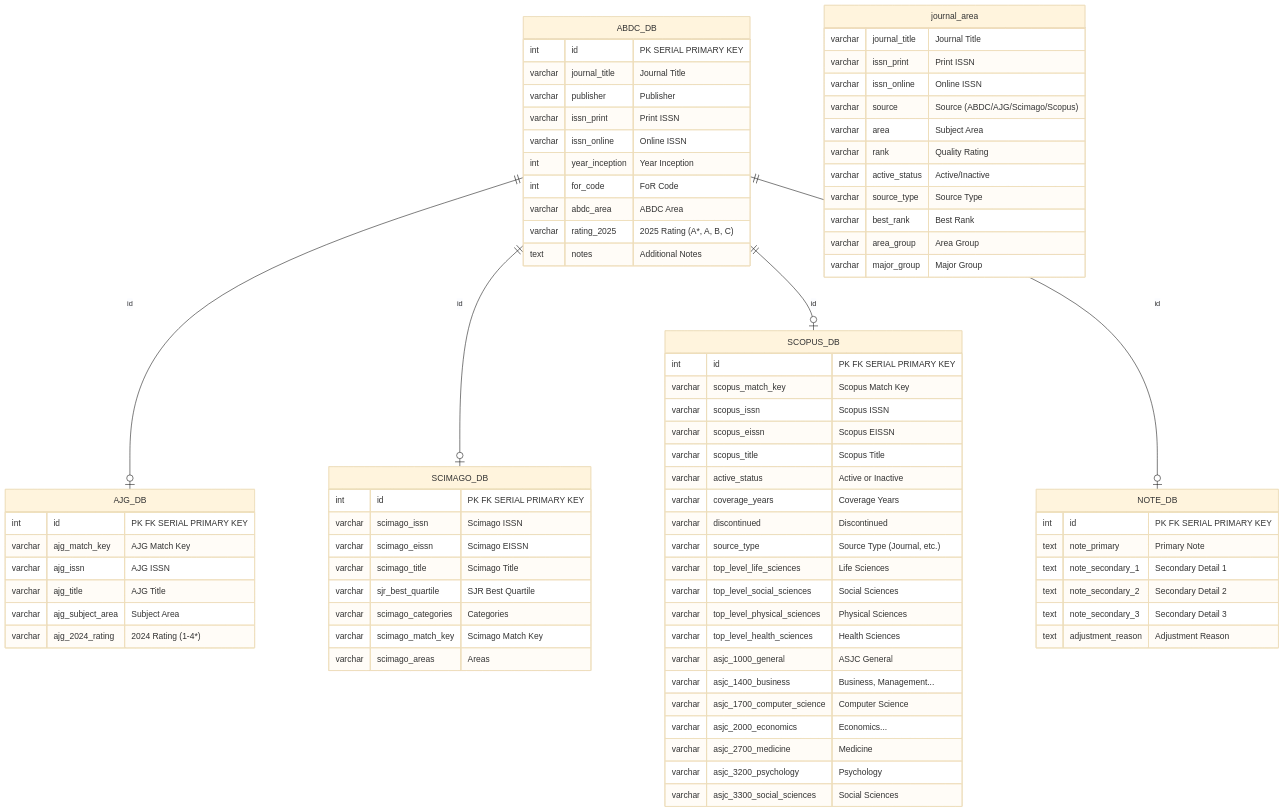
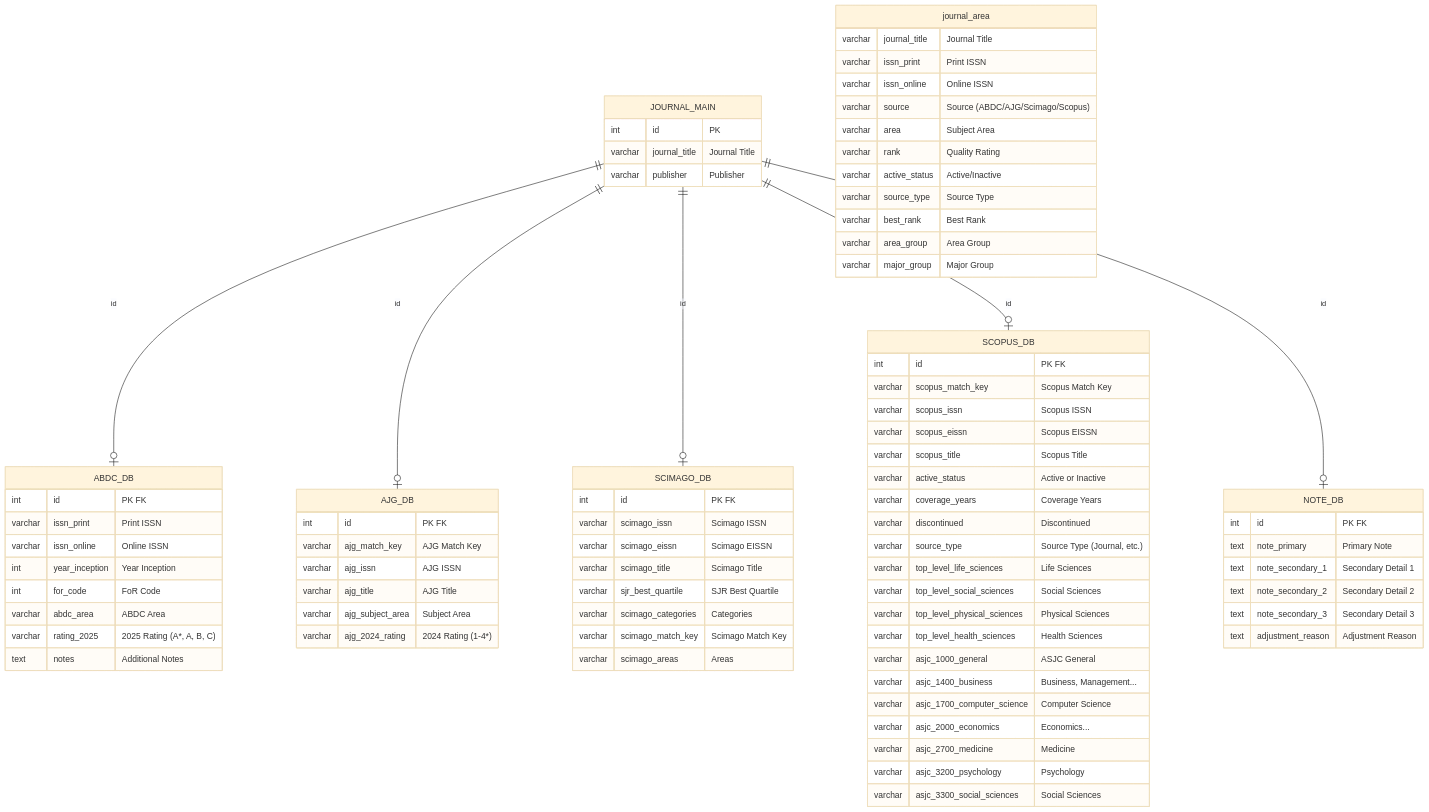
The diagram in er-diagram.md (hanaster1/journal-app), drawn with Mermaid (base theme) before and after one commit. The commit also changed other lines of this file and 11 other files, not shown here.

````diff
--- a/er-diagram.md
+++ b/er-diagram.md
@@ -3,14 +3,19 @@
 ```mermaid
 erDiagram
-    ABDC_DB ||--o| AJG_DB : "id"
-    ABDC_DB ||--o| SCIMAGO_DB : "id"
-    ABDC_DB ||--o| SCOPUS_DB : "id"
-    ABDC_DB ||--o| NOTE_DB : "id"
+    JOURNAL_MAIN ||--o| ABDC_DB : "id"
+    JOURNAL_MAIN ||--o| AJG_DB : "id"
+    JOURNAL_MAIN ||--o| SCIMAGO_DB : "id"
+    JOURNAL_MAIN ||--o| SCOPUS_DB : "id"
+    JOURNAL_MAIN ||--o| NOTE_DB : "id"
+
+    JOURNAL_MAIN {
+        int id "PK"
+        varchar journal_title "Journal Title"
+        varchar publisher "Publisher"
+    }
 
     ABDC_DB {
-        int id "PK SERIAL PRIMARY KEY"
-        varchar journal_title "Journal Title"
-        varchar publisher "Publisher"
+        int id "PK FK"
         varchar issn_print "Print ISSN"
         varchar issn_online "Online ISSN"
         int year_inception "Year Inception"
@@ -21,7 +26,7 @@
     }
 
     AJG_DB {
-        int id "PK FK SERIAL PRIMARY KEY"
+        int id "PK FK"
         varchar ajg_match_key "AJG Match Key"
         varchar ajg_issn "AJG ISSN"
         varchar ajg_title "AJG Title"
@@ -30,7 +35,7 @@
     }
 
     SCIMAGO_DB {
-        int id "PK FK SERIAL PRIMARY KEY"
+        int id "PK FK"
         varchar scimago_issn "Scimago ISSN"
         varchar scimago_eissn "Scimago EISSN"
         varchar scimago_title "Scimago Title"
@@ -41,7 +46,7 @@
     }
 
     SCOPUS_DB {
-        int id "PK FK SERIAL PRIMARY KEY"
+        int id "PK FK"
         varchar scopus_match_key "Scopus Match Key"
         varchar scopus_issn "Scopus ISSN"
         varchar scopus_eissn "Scopus EISSN"
@@ -64,7 +69,7 @@
     }
 
     NOTE_DB {
-        int id "PK FK SERIAL PRIMARY KEY"
+        int id "PK FK"
         text note_primary "Primary Note"
         text note_secondary_1 "Secondary Detail 1"
         text note_secondary_2 "Secondary Detail 2"
````
